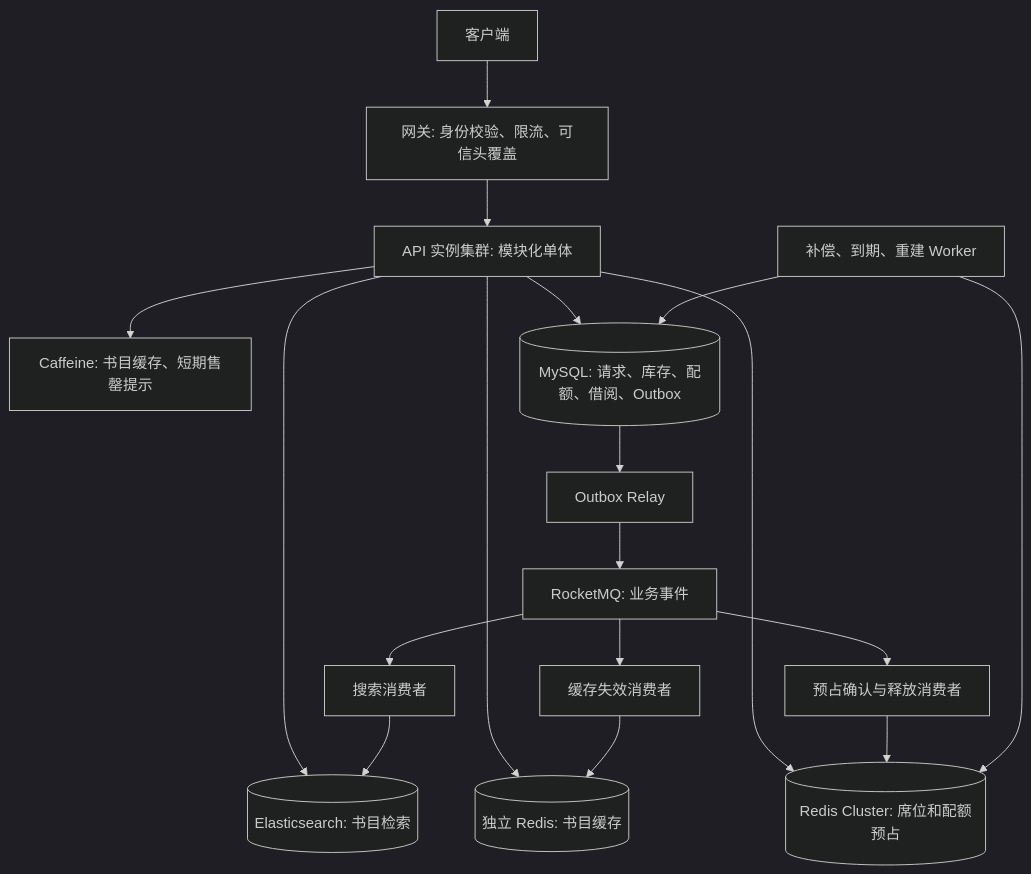
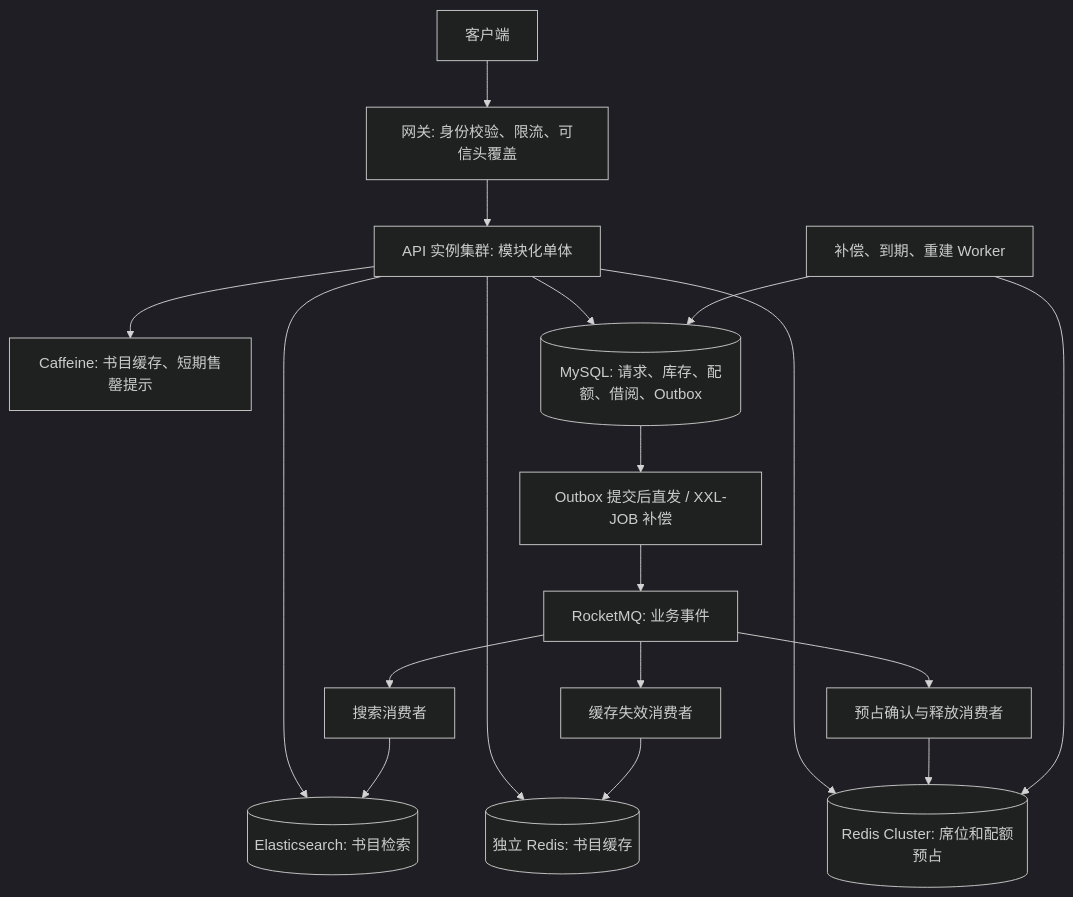
The first of 2 diagrams in docs/design/e-library-backend-design-v1.1.md (ChovyCao2025/e-library-service), drawn with Mermaid (dark theme) before and after one commit. The commit also changed other lines of this file and 135 other files, not shown here.

Commit message:
refactor: simplify consistency and outbox architecture

````diff
--- a/docs/design/e-library-backend-design-v1.1.md
+++ b/docs/design/e-library-backend-design-v1.1.md
@@ -99,20 +101,20 @@
 ```mermaid
 flowchart TB
     C[客户端] --> G[网关: 身份校验、限流、可信头覆盖]
     G --> A[API 实例集群: 模块化单体]
     A --> L1[Caffeine: 书目缓存、短期售罄提示]
     A --> R[(Redis Cluster: 席位和配额预占)]
     A --> RC[(独立 Redis: 书目缓存)]
     A --> ES[(Elasticsearch: 书目检索)]
     A --> DB[(MySQL: 请求、库存、配额、借阅、Outbox)]
-    DB --> O[Outbox Relay]
+    DB --> O[Outbox 提交后直发 / XXL-JOB 补偿]
     O --> MQ[RocketMQ: 业务事件]
     MQ --> SI[搜索消费者]
     MQ --> CI[缓存失效消费者]
     MQ --> RP[预占确认与释放消费者]
     SI --> ES
     CI --> RC
     RP --> R
     W[补偿、到期、重建 Worker] --> DB
     W --> R
 ```
````
